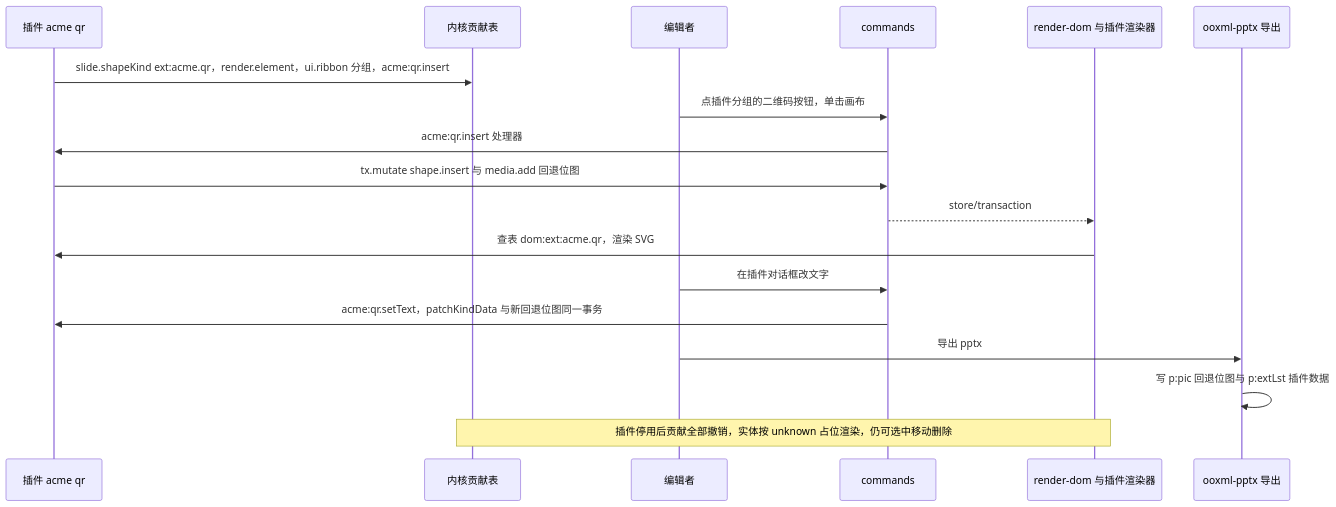
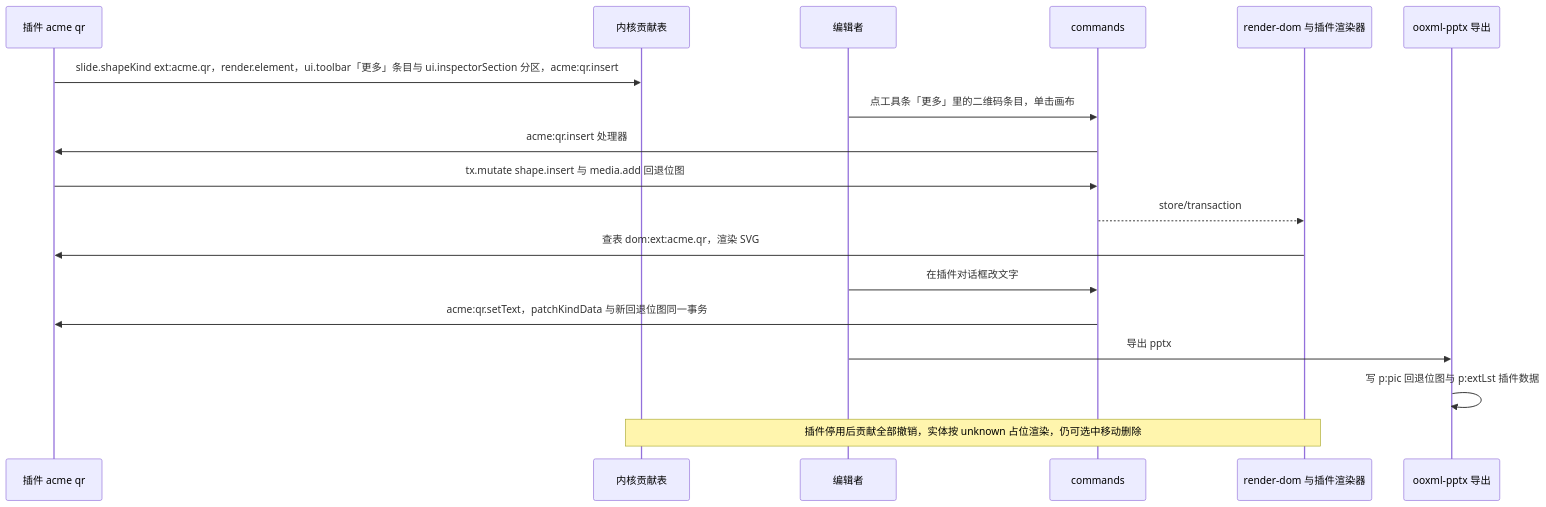
Before and after one commit to Xeonice/cordis-ppt-editor: diagram 12 of 12 in docs/50-frontend/22-elements-shapes-and-lines.md, drawn with Mermaid. The commit also changed other lines of this file and 25 other files, not shown here.

````diff
--- a/docs/50-frontend/22-elements-shapes-and-lines.md
+++ b/docs/50-frontend/22-elements-shapes-and-lines.md
@@ -654,20 +660,20 @@
 ```mermaid
 sequenceDiagram
   participant P as 插件 acme qr
   participant K as 内核贡献表
   participant U as 编辑者
   participant C as commands
   participant R as render-dom 与插件渲染器
   participant X as ooxml-pptx 导出
-  P->>K: slide.shapeKind ext:acme.qr，render.element，ui.ribbon 分组，acme:qr.insert
-  U->>C: 点插件分组的二维码按钮，单击画布
+  P->>K: slide.shapeKind ext:acme.qr，render.element，ui.toolbar「更多」条目与 ui.inspectorSection 分区，acme:qr.insert
+  U->>C: 点工具条「更多」里的二维码条目，单击画布
   C->>P: acme:qr.insert 处理器
   P->>C: tx.mutate shape.insert 与 media.add 回退位图
   C-->>R: store/transaction
   R->>P: 查表 dom:ext:acme.qr，渲染 SVG
   U->>C: 在插件对话框改文字
   C->>P: acme:qr.setText，patchKindData 与新回退位图同一事务
   U->>X: 导出 pptx
   X->>X: 写 p:pic 回退位图与 p:extLst 插件数据
   Note over K,R: 插件停用后贡献全部撤销，实体按 unknown 占位渲染，仍可选中移动删除
 ```
````
